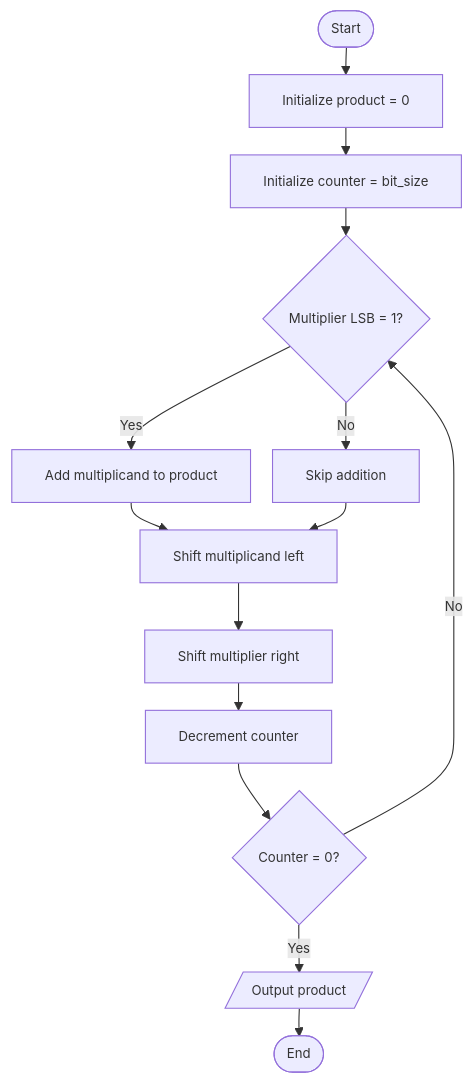
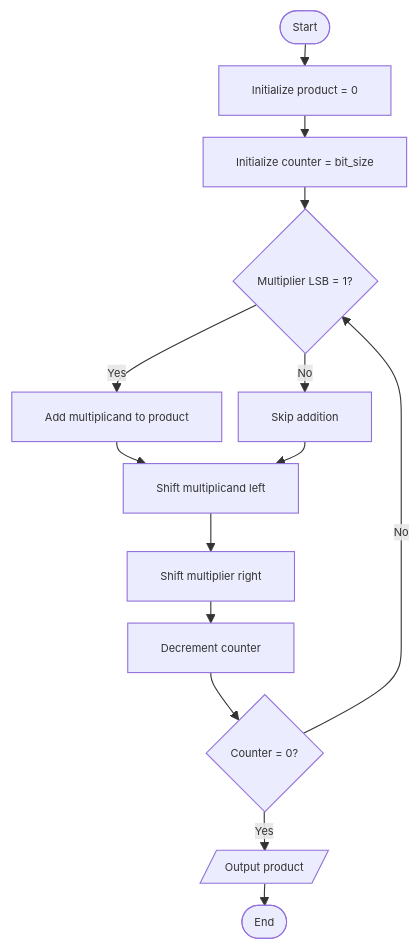
Before and after one commit to ananyarf/RISC-V-MYTH: the first of 4 diagrams in Day-02-Application-Binary-Interface/README.md, drawn with Mermaid. The commit also changed other lines of this file, not shown here.

Commit message:
Update flowchart

````diff
--- a/Day-02-Application-Binary-Interface/README.md
+++ b/Day-02-Application-Binary-Interface/README.md
@@ -996,17 +996,17 @@
 ```mermaid
-%%{init: {'flowchart': {'nodeSpacing': 20, 'rankSpacing': 25}, 'themeVariables': {'fontSize': '12px'}}}%%
+%%{init: {'flowchart': {'nodeSpacing': 15, 'rankSpacing': 20}, 'themeVariables': {'fontSize': '10px'}}}%%
 flowchart TD
     A([Start]) --> B[Initialize product = 0]
     B --> C[Initialize counter = bit_size]
     C --> D{Multiplier LSB = 1?}
     D -- Yes --> E[Add multiplicand to product]
     D -- No --> F[Skip addition]
     E --> G[Shift multiplicand left]
     F --> G
     G --> H[Shift multiplier right]
     H --> I[Decrement counter]
     I --> J{Counter = 0?}
     J -- No --> D
     J -- Yes --> K[/Output product/]
     K --> L([End])
 ```
````
